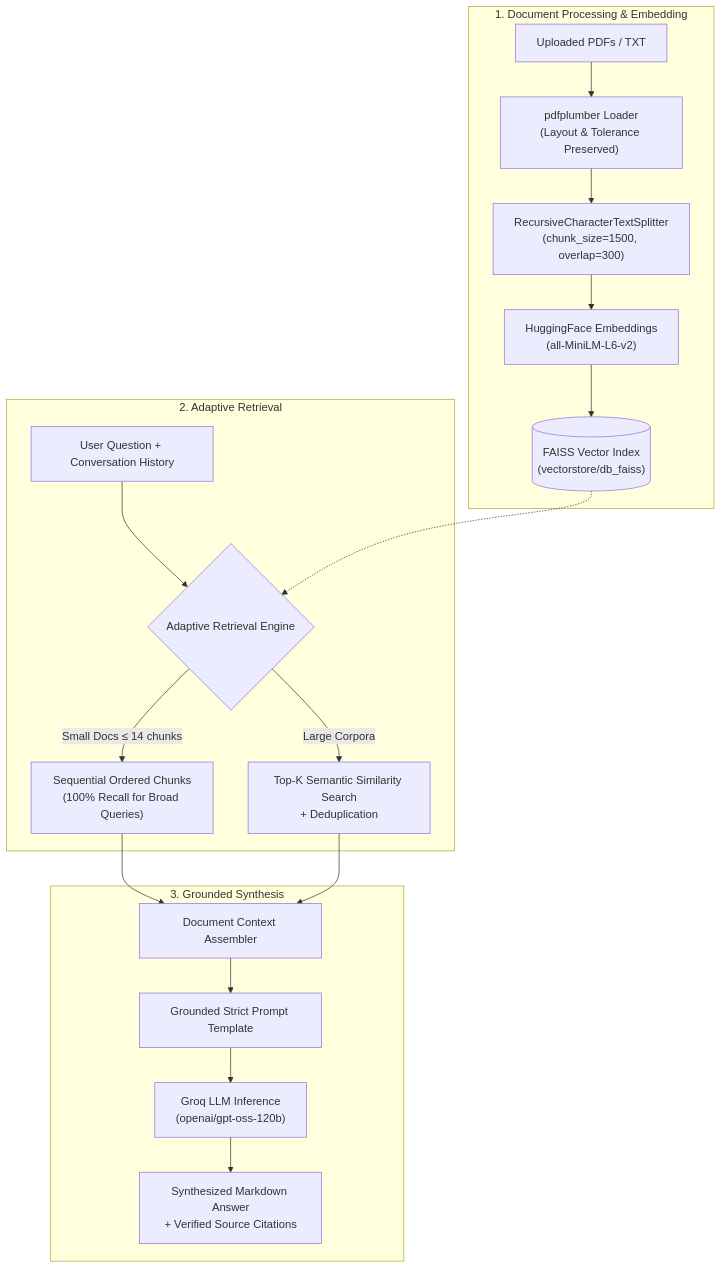
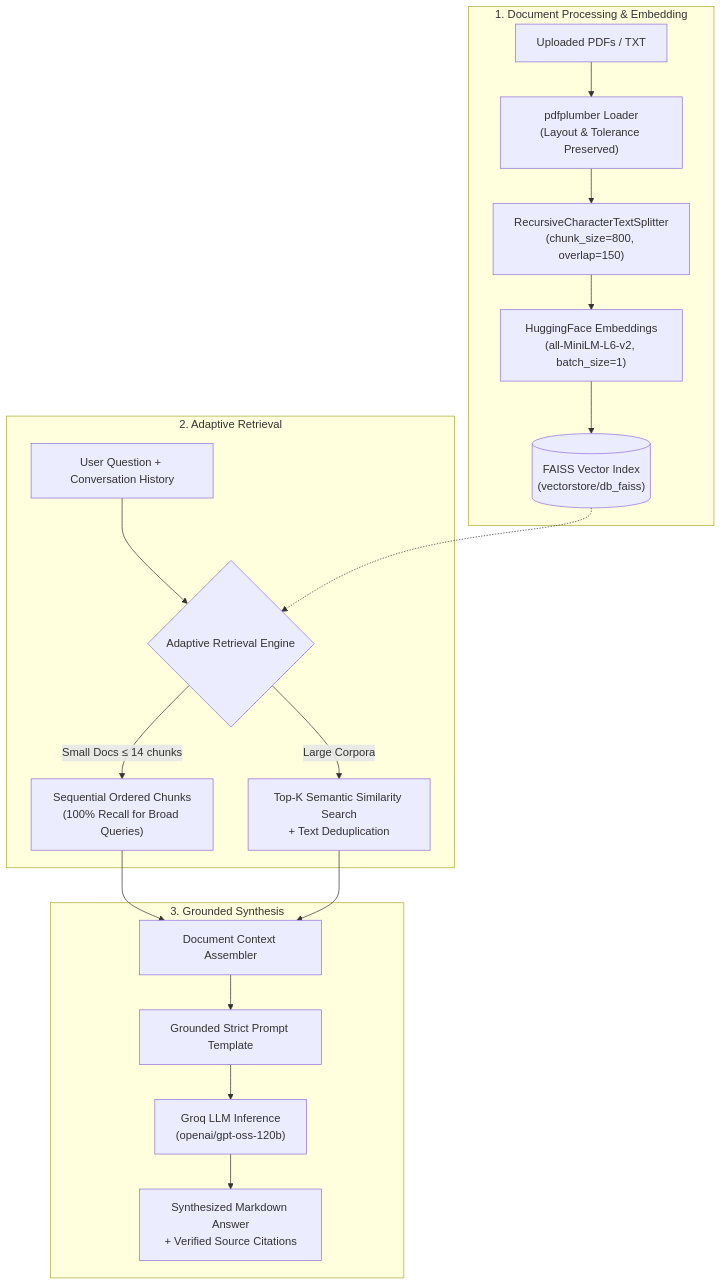
The diagram in README.md (chanchalanharsh18/Retrieva), drawn with Mermaid before and after one commit. The commit also changed other lines of this file, not shown here.

````diff
--- a/README.md
+++ b/README.md
@@ -73,24 +93,24 @@
 ```mermaid
 flowchart TD
     subgraph INGESTION["1. Document Processing & Embedding"]
         PDF["Uploaded PDFs / TXT"] --> LOADER["pdfplumber Loader\n(Layout & Tolerance Preserved)"]
-        LOADER --> CHUNKER["RecursiveCharacterTextSplitter\n(chunk_size=1500, overlap=300)"]
-        CHUNKER --> EMBED["HuggingFace Embeddings\n(all-MiniLM-L6-v2)"]
+        LOADER --> CHUNKER["RecursiveCharacterTextSplitter\n(chunk_size=800, overlap=150)"]
+        CHUNKER --> EMBED["HuggingFace Embeddings\n(all-MiniLM-L6-v2, batch_size=1)"]
         EMBED --> FAISS[("FAISS Vector Index\n(vectorstore/db_faiss)")]
     end
 
     subgraph QUERY["2. Adaptive Retrieval"]
         USER_Q["User Question + Conversation History"] --> RETRIEVER{"Adaptive Retrieval Engine"}
         FAISS -.-> RETRIEVER
         RETRIEVER -->|Small Docs ≤ 14 chunks| FULL_ORDER["Sequential Ordered Chunks\n(100% Recall for Broad Queries)"]
-        RETRIEVER -->|Large Corpora| SEMANTIC["Top-K Semantic Similarity Search\n+ Deduplication"]
+        RETRIEVER -->|Large Corpora| SEMANTIC["Top-K Semantic Similarity Search\n+ Text Deduplication"]
     end
 
     subgraph INFERENCE["3. Grounded Synthesis"]
         FULL_ORDER --> CONTEXT["Document Context Assembler"]
         SEMANTIC --> CONTEXT
         CONTEXT --> PROMPT["Grounded Strict Prompt Template"]
         PROMPT --> GROQ["Groq LLM Inference\n(openai/gpt-oss-120b)"]
         GROQ --> RESP["Synthesized Markdown Answer\n+ Verified Source Citations"]
     end
 ```
````
